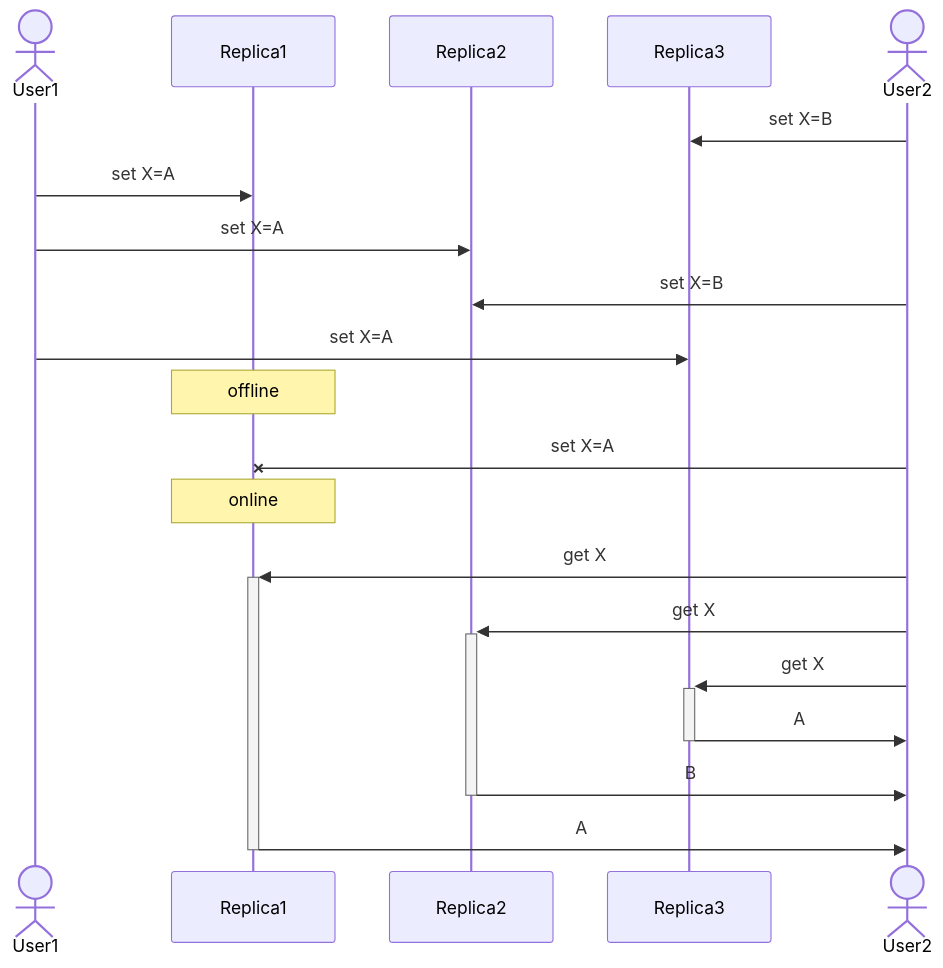
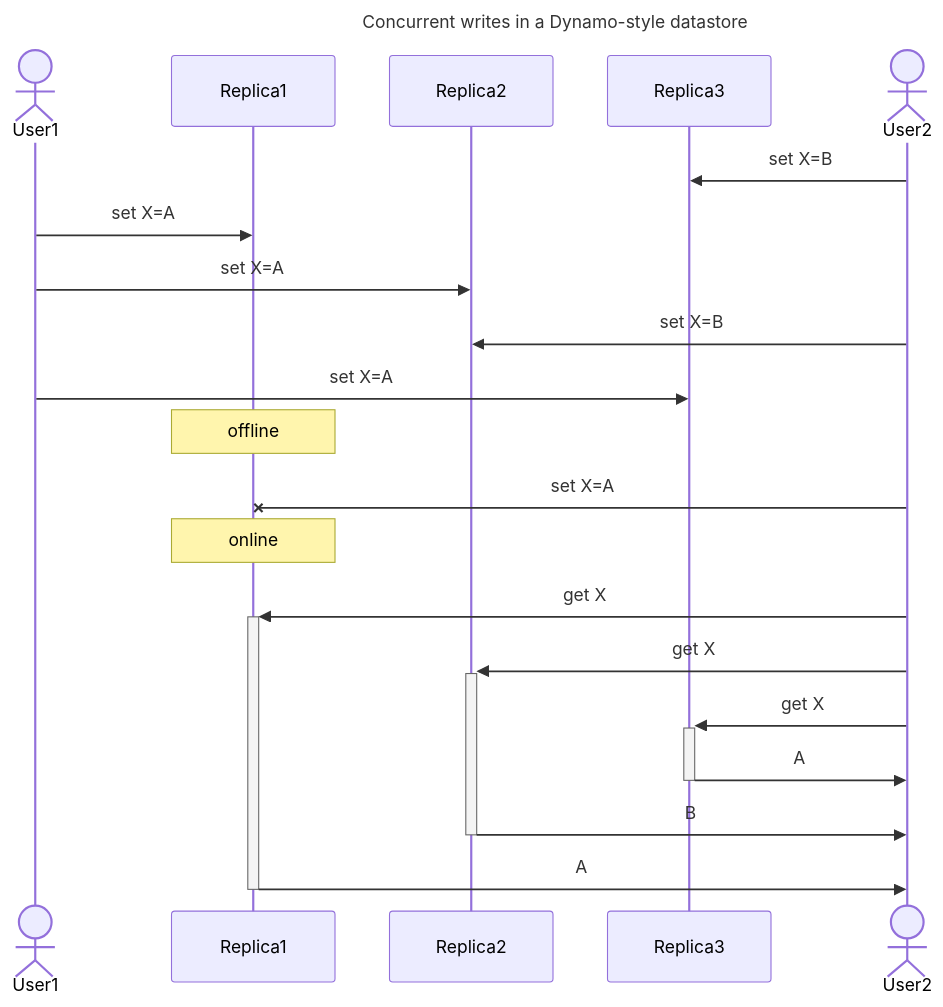
Before and after one commit to kyungrae/study: the fifth of 10 diagrams in designing-data-intensive-applications/part2.md, drawn with Mermaid. The commit also changed other lines of this file and 4 other files, not shown here.

````diff
--- a/designing-data-intensive-applications/part2.md
+++ b/designing-data-intensive-applications/part2.md
@@ -290,24 +296,27 @@
 ```mermaid
+---
+title: Concurrent writes in a Dynamo-style datastore
+---
 sequenceDiagram
   actor User1
   participant Replica1
   participant Replica2
   participant Replica3
   actor User2
 
   User2->>Replica3: set X=B
   User1->>Replica1: set X=A
   User1->>Replica2: set X=A
   User2->>Replica2: set X=B
   User1->>Replica3: set X=A
   note over Replica1: offline
   User2-xReplica1: set X=A
   note over Replica1: online
 
   User2->>+Replica1: get X
   User2->>+Replica2: get X
   User2->>+Replica3: get X
   Replica3->>-User2: A
   Replica2->>-User2: B
   Replica1->>-User2: A
 ```
````
